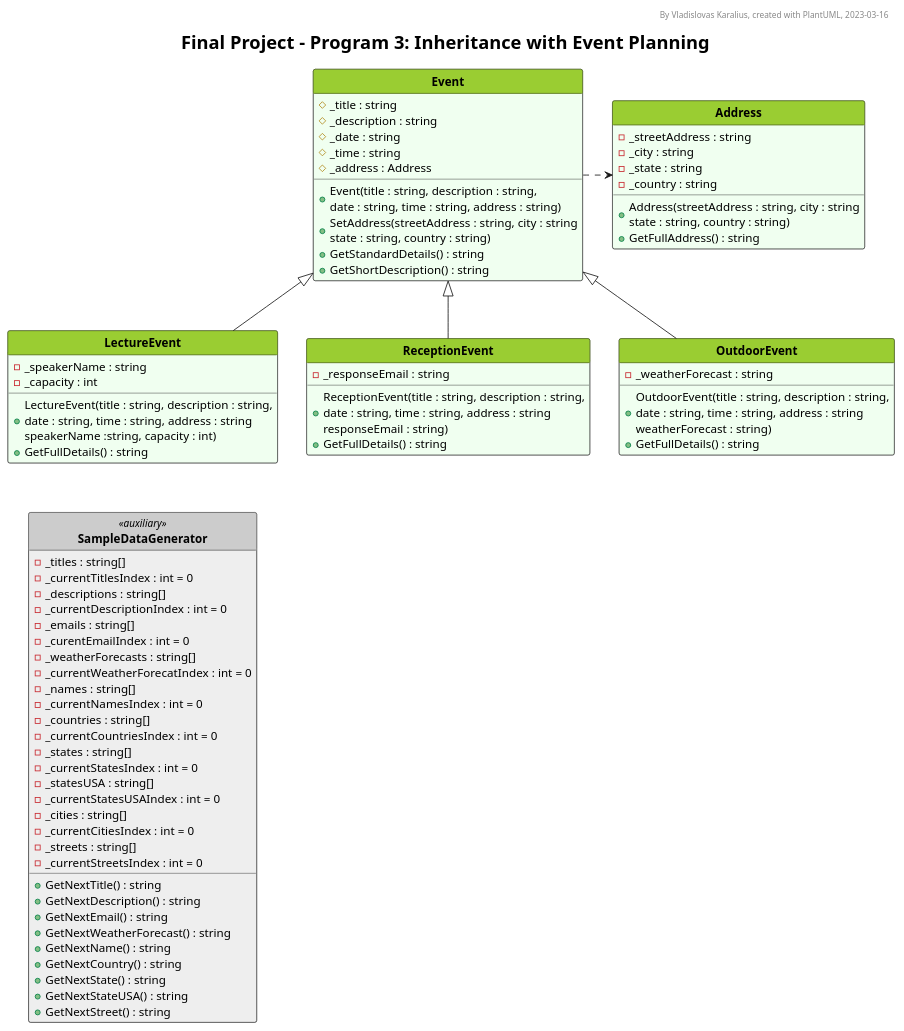
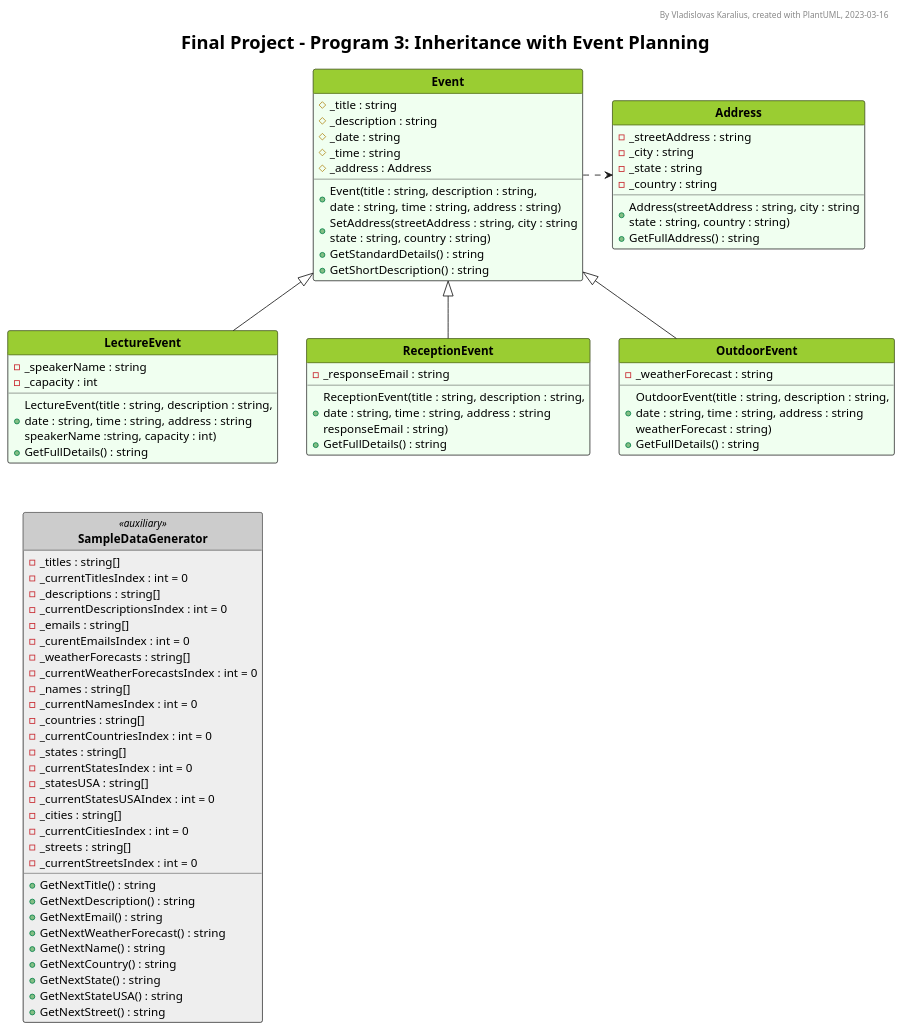
Before and after one commit to VladKaralius/cse210-projects: the diagram in final/Foundation3/UML_diagram.pu, drawn with PlantUML.

Commit message:
Spelling fixes

```diff
--- a/final/Foundation3/UML_diagram.pu
+++ b/final/Foundation3/UML_diagram.pu
@@ -1,149 +1,149 @@
 @startuml UML_diagram
 
 '--Formatting options--
 hide circle
 hide empty members
 'skinparam classAttributeIconSize 0
 skinparam style strictuml
 'skinparam groupInheritance 2
 'skinparam linetype ortho
 'skinparam Nodesep 15
 'skinparam Ranksep 25
 'left to right direction
 
 '--Styling--
 'skinparam BackgroundColor White/LightGreen
 skinparam TitleFontSize 22
 
 <style>
 classDiagram {
   class {
     '-attributes and methods-
     'FontSize 14
     'FontColor black
     'BackgroundColor #fefece
     BackgroundColor #f0fff0
     'RoundCorner 0
     '-class name-
     header {
       'FontSize 12
       'FontColor Black
       FontStyle bold
       BackgroundColor YellowGreen
     }
 
     ' Alternative class style 1
     .gaming {
       BackgroundColor Bisque
       header {
         BackgroundColor Orange
       }
     }
 
     ' Alternative class style 2
     .auxiliary {
       BackgroundColor #eeeeee
       header {
         BackgroundColor #cccccc
       }
     }
   }
   
   note {
     BackgroundColor Yellow
   }
   legend {
     FontSize 18
   }
 </style>
 
 '--Header, title, caption--
 header By Vladislovas Karalius, created with PlantUML, 2023-03-16
 title Final Project - Program 3: Inheritance with Event Planning
 
 '--Main--
 class Event {
   # _title : string
   # _description : string
   # _date : string
   # _time : string
   # _address : Address
   + Event(title : string, description : string,\ndate : string, time : string, address : string)
   + SetAddress(streetAddress : string, city : string\nstate : string, country : string)
   + GetStandardDetails() : string
   + GetShortDescription() : string
 }
 
 class Address {
   - _streetAddress : string
   - _city : string
   - _state : string
   - _country : string
   + Address(streetAddress : string, city : string\nstate : string, country : string)
   + GetFullAddress() : string
 }
 
 class LectureEvent extends Event {
 - _speakerName : string
 - _capacity : int
 + LectureEvent(title : string, description : string,\ndate : string, time : string, address : string\nspeakerName :string, capacity : int)
 + GetFullDetails() : string
 }
 
 class ReceptionEvent extends Event {
 - _responseEmail : string
 + ReceptionEvent(title : string, description : string,\ndate : string, time : string, address : string\nresponseEmail : string)
 + GetFullDetails() : string
 }
 
 class OutdoorEvent extends Event {
 - _weatherForecast : string
 + OutdoorEvent(title : string, description : string,\ndate : string, time : string, address : string\nweatherForecast : string)
 + GetFullDetails() : string
 }
 
 class SampleDataGenerator <<auxiliary>> {
   - _titles : string[]
   - _currentTitlesIndex : int = 0
   - _descriptions : string[]
-  - _currentDescriptionIndex : int = 0
+  - _currentDescriptionsIndex : int = 0
   - _emails : string[]
-  - _curentEmailIndex : int = 0
+  - _curentEmailsIndex : int = 0
   - _weatherForecasts : string[]
-  - _currentWeatherForecatIndex : int = 0
+  - _currentWeatherForecastsIndex : int = 0
   - _names : string[]
   - _currentNamesIndex : int = 0
   - _countries : string[]
   - _currentCountriesIndex : int = 0
   - _states : string[]
   - _currentStatesIndex : int = 0
   - _statesUSA : string[]
   - _currentStatesUSAIndex : int = 0
   - _cities : string[]
   - _currentCitiesIndex : int = 0
   - _streets : string[]
   - _currentStreetsIndex : int = 0
   + GetNextTitle() : string
   + GetNextDescription() : string
   + GetNextEmail() : string
   + GetNextWeatherForecast() : string
   + GetNextName() : string
   + GetNextCountry() : string
   + GetNextState() : string
   + GetNextStateUSA() : string
   + GetNextStreet() : string
 }
 
 Event .> Address
 
 LectureEvent .[hidden]. SampleDataGenerator
 
 
 '--Description--
 ' legend bottom
 ' <size:22>__**Core Requirements**__
 ' The program has one base class **Activity**. This class contains the attributes and methods
 ' that are common to all activities. Certain functions are put into separate classes as follows:
 ' endlegend
 
 @enduml
```
